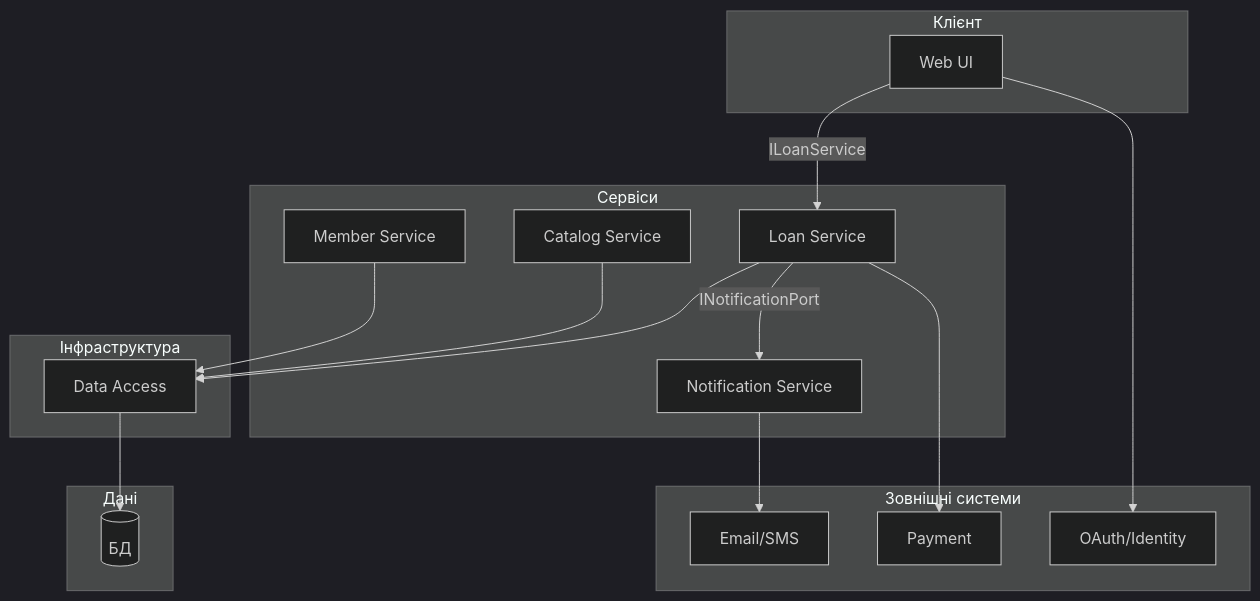
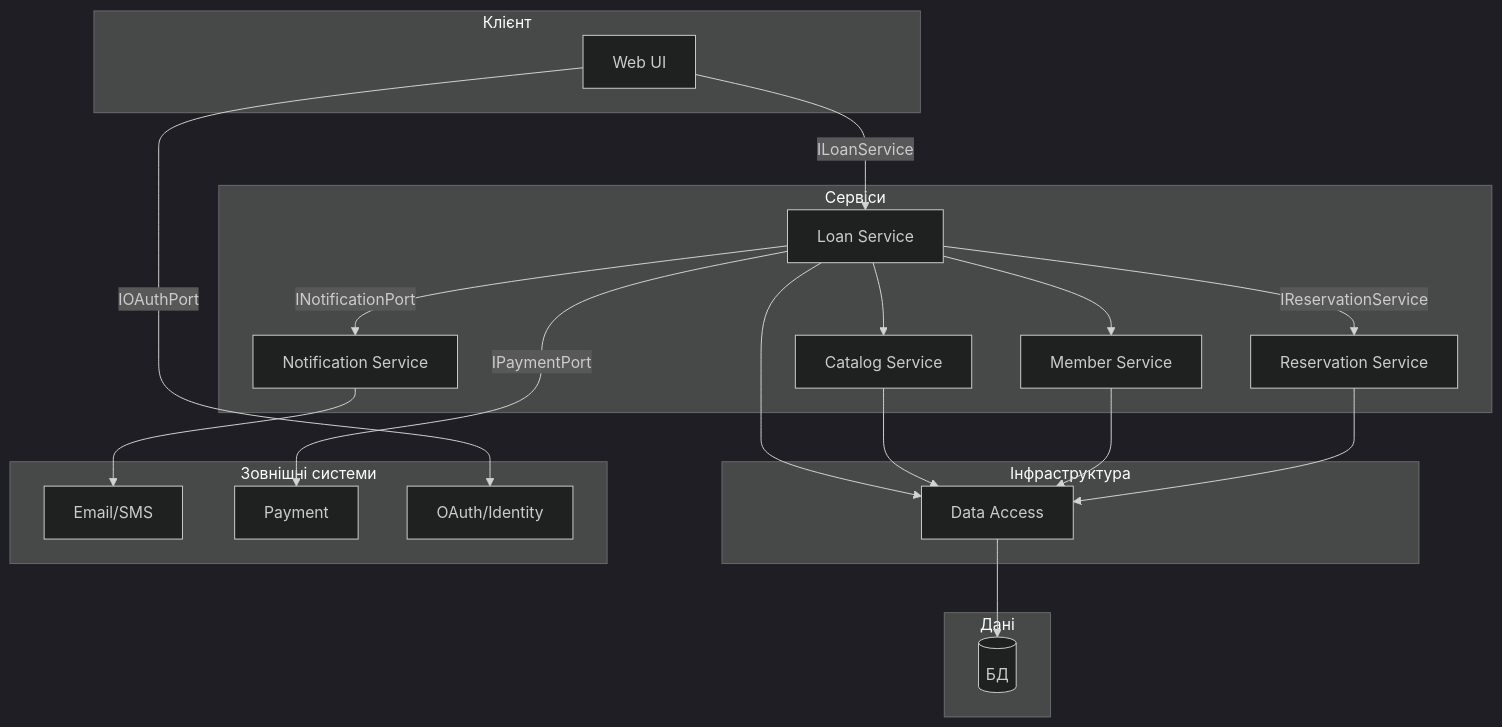
The first of 2 diagrams in task-5/component.md (veronikapaschenkor29-png/Library-Modeling-and-Analysis-of-Software-Requirements), drawn with Mermaid (dark theme) before and after one commit. The commit also changed other lines of this file and 3 other files, not shown here.

Commit message:
fix(task-5): component diagram, interfaces, boundary, Reservation Service

````diff
--- a/task-5/component.md
+++ b/task-5/component.md
@@ -3,33 +3,38 @@
 ```mermaid
 flowchart TB
     subgraph Client["Клієнт"]
         WebUI["Web UI"]
     end
     subgraph Services["Сервіси"]
         CatalogService["Catalog Service"]
         LoanService["Loan Service"]
         MemberService["Member Service"]
         NotificationService["Notification Service"]
+        ReservationService["Reservation Service"]
     end
     subgraph Infra["Інфраструктура"]
         DataAccess["Data Access"]
     end
     subgraph Data["Дані"]
         DB[("БД")]
     end
     subgraph External["Зовнішні системи"]
         EmailSMS["Email/SMS"]
         Payment["Payment"]
         OAuth["OAuth/Identity"]
     end
 
     WebUI -->|ILoanService| LoanService
     LoanService -->|INotificationPort| NotificationService
+    LoanService -->|IReservationService| ReservationService
+    LoanService --> CatalogService
+    LoanService --> MemberService
     LoanService --> DataAccess
     CatalogService --> DataAccess
     MemberService --> DataAccess
+    ReservationService --> DataAccess
     DataAccess --> DB
     NotificationService --> EmailSMS
-    LoanService --> Payment
-    WebUI --> OAuth
+    LoanService -->|IPaymentPort| Payment
+    WebUI -->|IOAuthPort| OAuth
 ```
````
